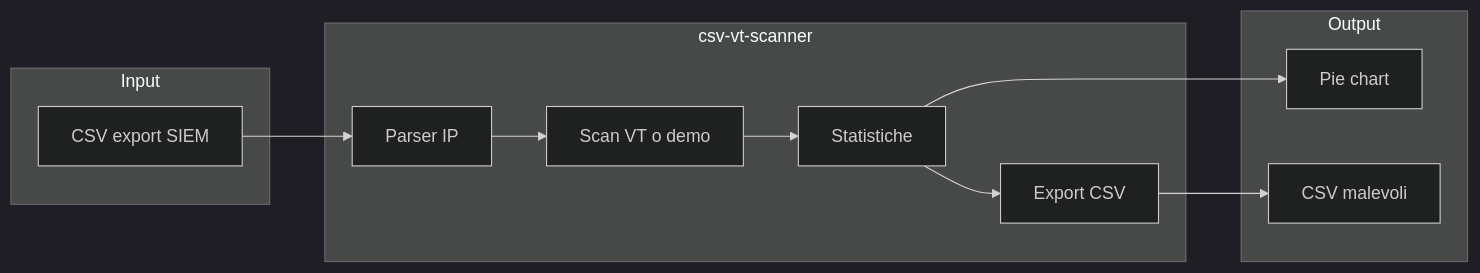
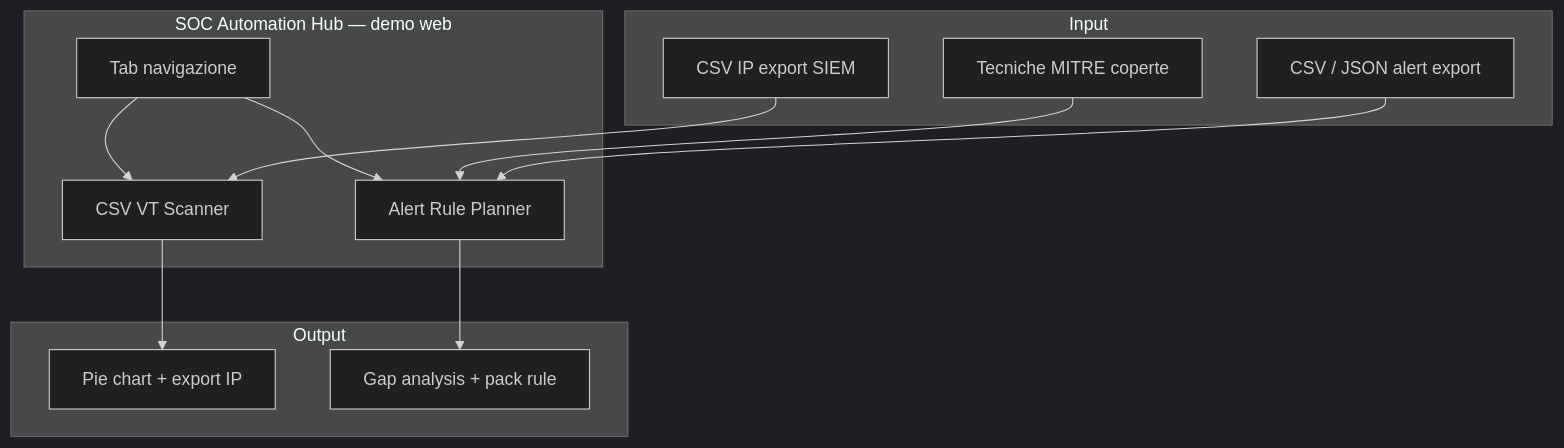
One commit to DarkGreen-projects/soc-automation-hub changed the diagram in docs/architecture.md. Above: the diagram before and after it, drawn with Mermaid (dark theme). The commit also changed other lines of this file and 25 other files, not shown here.

Commit message:
feat: add Alert Rule Planner demo module with MITRE coverage analysis

````diff
--- a/docs/architecture.md
+++ b/docs/architecture.md
@@ -7,19 +8,22 @@
 ```mermaid
-flowchart LR
+flowchart TB
+  subgraph hub [SOC Automation Hub — demo web]
+    Tabs[Tab navigazione]
+    VT[CSV VT Scanner]
+    ARP[Alert Rule Planner]
+  end
   subgraph input [Input]
-    CSV[CSV export SIEM]
-  end
-  subgraph csvVt [csv-vt-scanner]
-    Parse[Parser IP]
-    Scan[Scan VT o demo]
-    Stats[Statistiche]
-    Export[Export CSV]
+    CsvIp[CSV IP export SIEM]
+    CsvAlert[CSV / JSON alert export]
+    Tech[Tecniche MITRE coperte]
   end
   subgraph output [Output]
-    Chart[Pie chart]
-    MalCsv[CSV malevoli]
+    Chart[Pie chart + export IP]
+    Rules[Gap analysis + pack rule]
   end
-  CSV --> Parse --> Scan --> Stats
-  Stats --> Chart
-  Stats --> Export --> MalCsv
+  Tabs --> VT
+  Tabs --> ARP
+  CsvIp --> VT --> Chart
+  Tech --> ARP
+  CsvAlert --> ARP --> Rules
 ```
````
